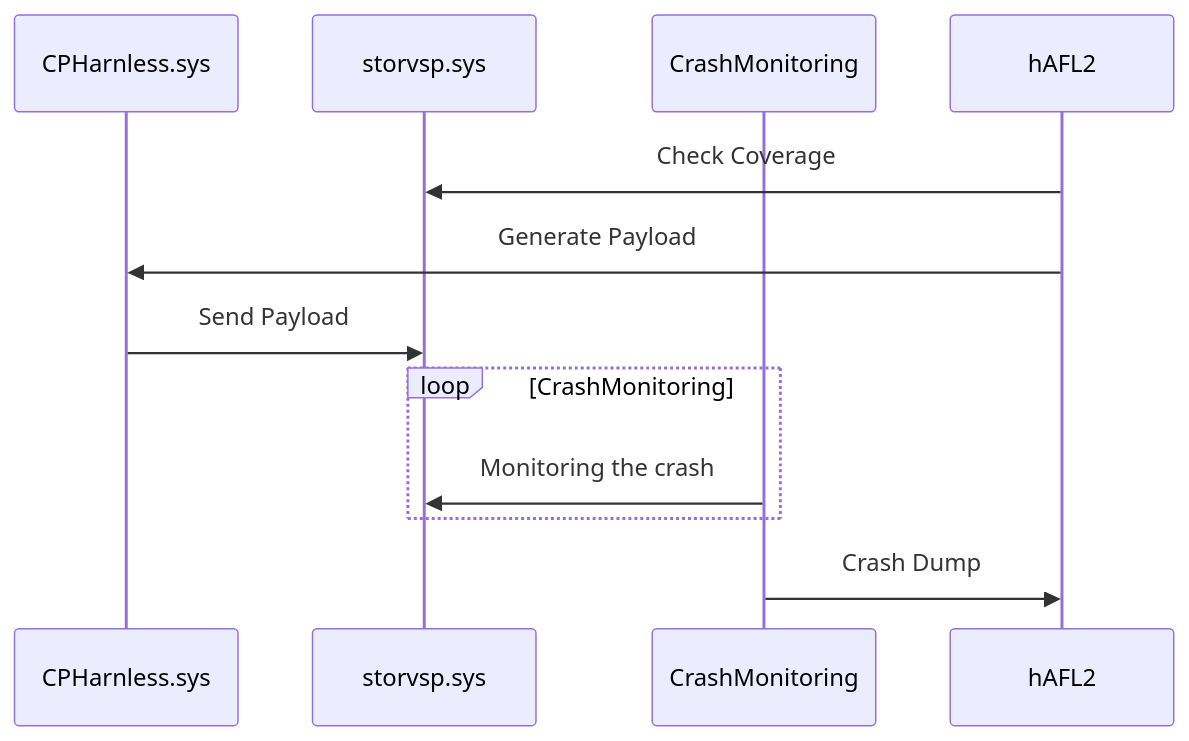
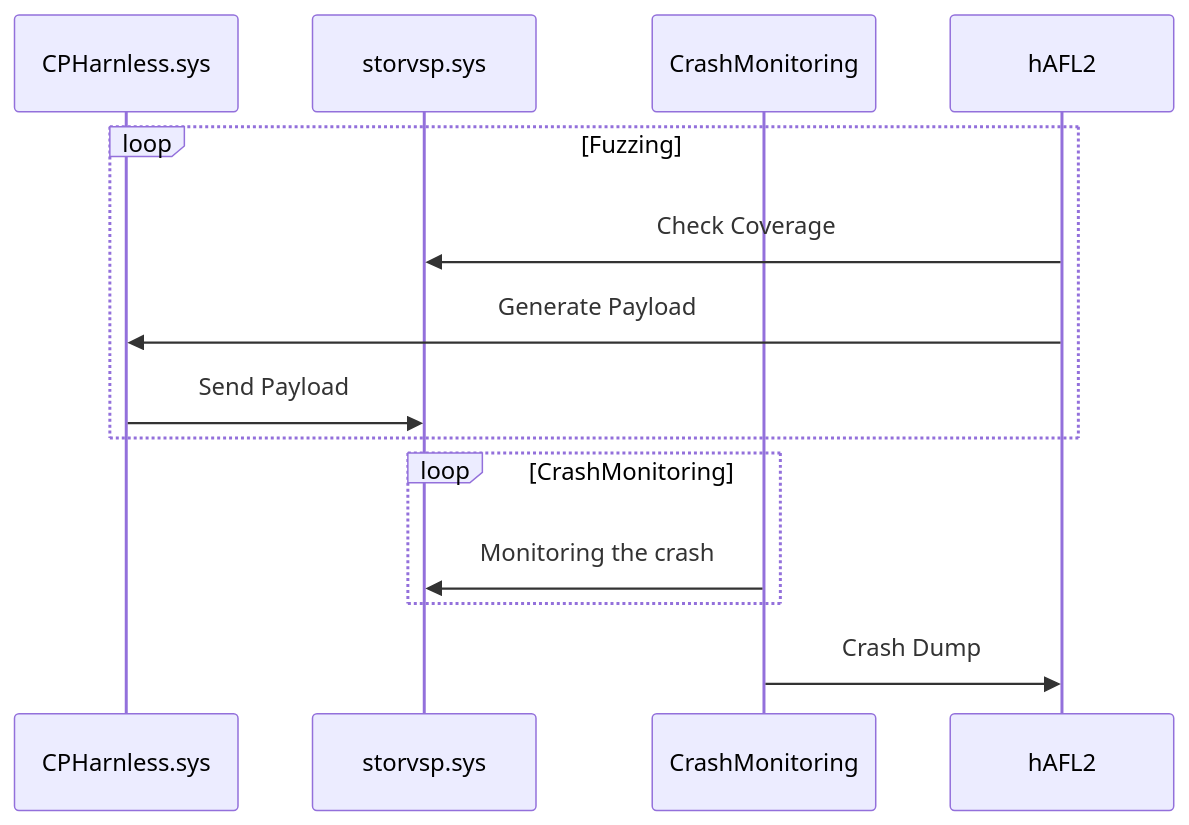
One commit to blackcon/HVFUZZ changed the diagram in README.md. Above: the diagram before and after it, drawn with Mermaid.

````diff
--- a/README.md
+++ b/README.md
@@ -9,14 +9,16 @@
      ```mermaid
       sequenceDiagram
     participant CPHarnless.sys
     participant storvsp.sys
     participant CrashMonitoring
     participant hAFL2
-    hAFL2->>storvsp.sys: Check Coverage
-    hAFL2->>CPHarnless.sys: Generate Payload
-    CPHarnless.sys->>storvsp.sys: Send Payload
+    loop Fuzzing
+      hAFL2->>storvsp.sys: Check Coverage
+      hAFL2->>CPHarnless.sys: Generate Payload
+      CPHarnless.sys->>storvsp.sys: Send Payload
+    end
     loop CrashMonitoring
         CrashMonitoring->>storvsp.sys: Monitoring the crash
     end
     CrashMonitoring->>hAFL2: Crash Dump
       ```
````
